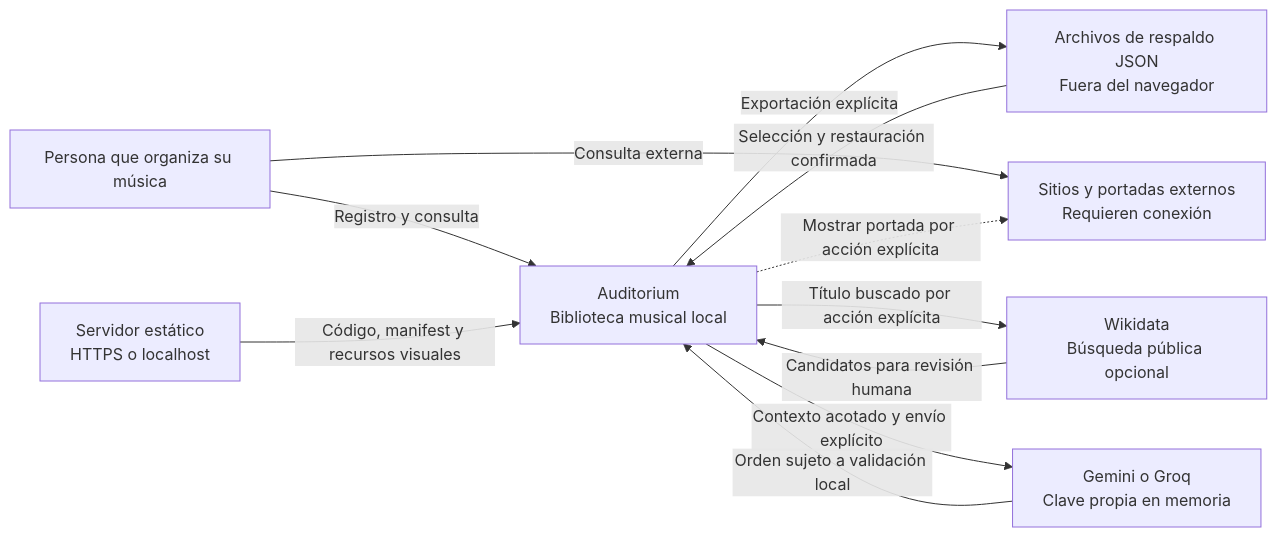
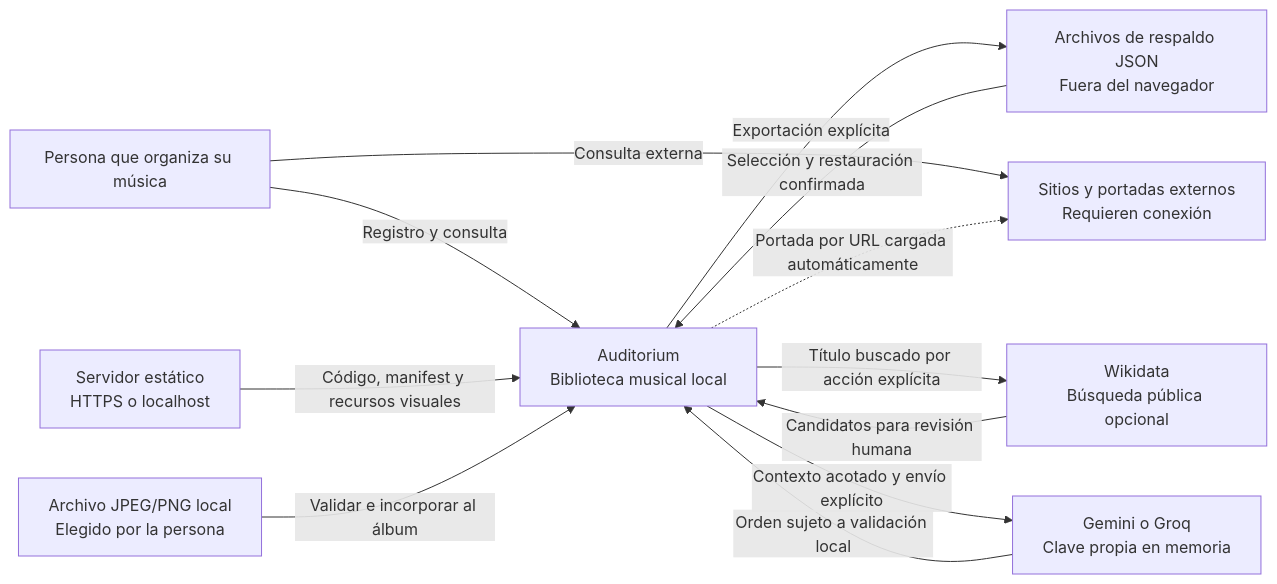
One commit to NicoCG32/Auditorium changed the first of 6 diagrams in docs/ARQUITECTURA.md. Above: the diagram before and after it, drawn with Mermaid. The commit also changed other lines of this file and 62 other files, not shown here.

````diff
--- a/docs/ARQUITECTURA.md
+++ b/docs/ARQUITECTURA.md
@@ -13,20 +13,22 @@
 ```mermaid
 flowchart LR
     Persona["Persona que organiza su música"]
     App["Auditorium<br/>Biblioteca musical local"]
     Hosting["Servidor estático<br/>HTTPS o localhost"]
     Archivos["Archivos de respaldo JSON<br/>Fuera del navegador"]
+    Imagen["Archivo JPEG/PNG local<br/>Elegido por la persona"]
     Externo["Sitios y portadas externos<br/>Requieren conexión"]
     Catalogo["Wikidata<br/>Búsqueda pública opcional"]
     Modelo["Gemini o Groq<br/>Clave propia en memoria"]
     Persona -->|Registro y consulta| App
     Hosting -->|Código, manifest y recursos visuales| App
     App -->|Exportación explícita| Archivos
     Archivos -->|Selección y restauración confirmada| App
     Persona -->|Consulta externa| Externo
-    App -.->|Mostrar portada por acción explícita| Externo
+    App -.->|Portada por URL cargada automáticamente| Externo
+    Imagen -->|Validar e incorporar al álbum| App
     App -->|Título buscado por acción explícita| Catalogo
     Catalogo -->|Candidatos para revisión humana| App
     App -->|Contexto acotado y envío explícito| Modelo
     Modelo -->|Orden sujeto a validación local| App
 ```
````
